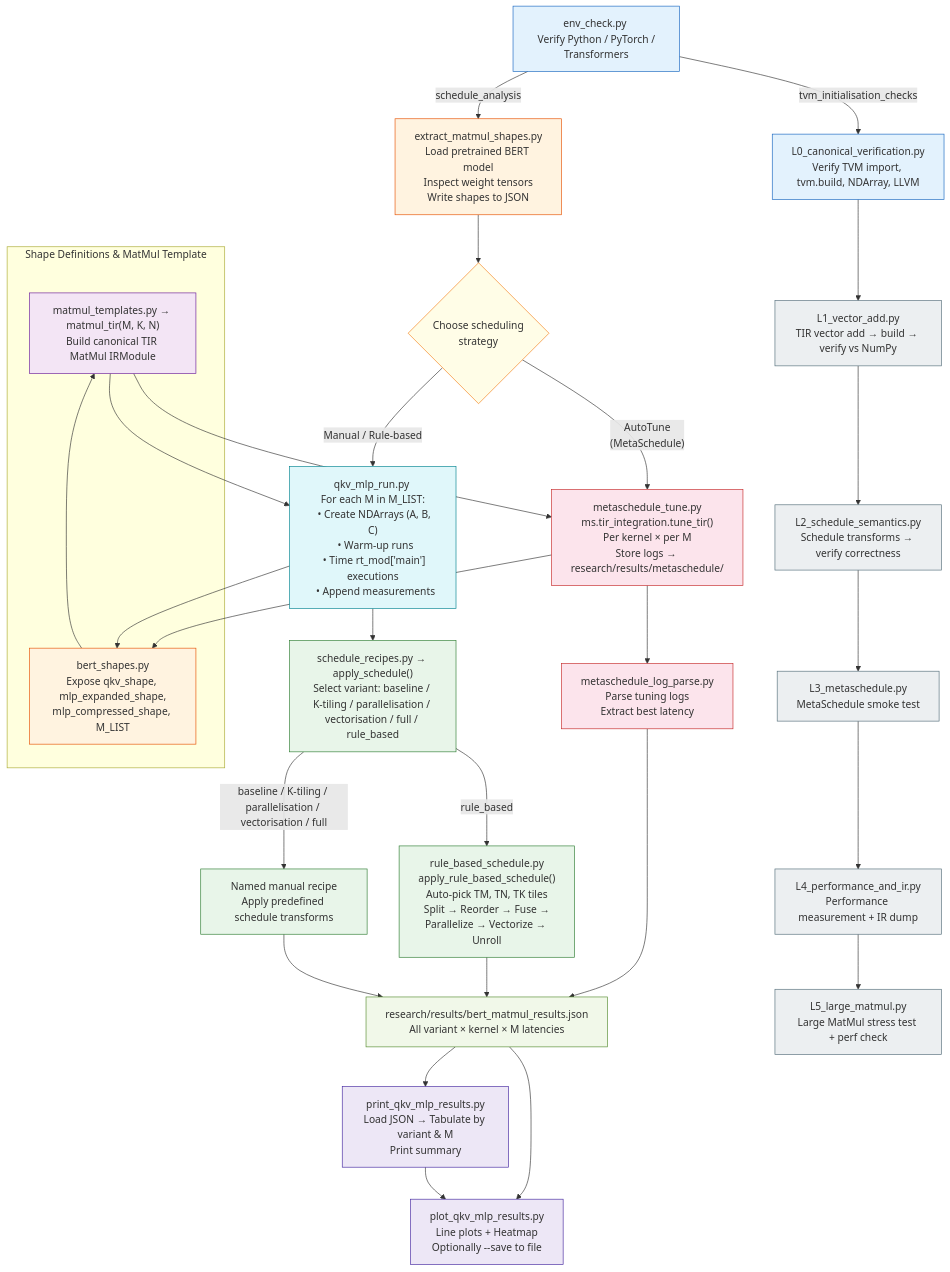
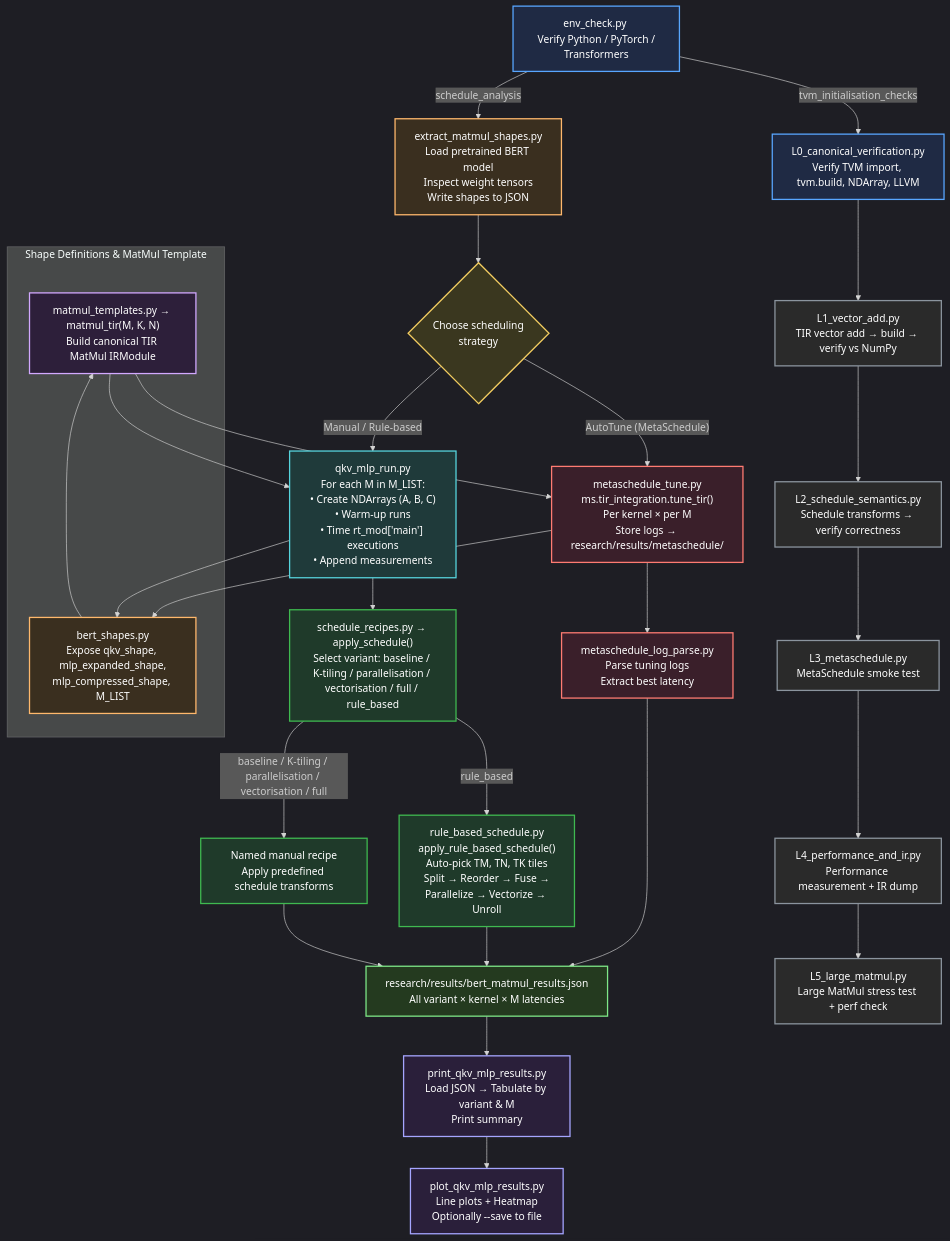
Before and after one commit to royishan2004/apache_tvm_research: the diagram in README.md, drawn with Mermaid.

Commit message:
Increased visibility of execution graph in README

````diff
--- a/README.md
+++ b/README.md
@@ -443,50 +443,108 @@
 ```mermaid
+%%{init: {'theme': 'dark'}}%%
 flowchart TB
- subgraph SHAPES_AND_TEMPLATES["Shape Definitions & MatMul Template"]
-        E["matmul_templates.py → matmul_tir(M, K, N)<br>Build canonical TIR MatMul IRModule"]
-        D["bert_shapes.py<br>Expose qkv_shape, mlp_expanded_shape,<br>mlp_compressed_shape, M_LIST"]
-  end
-    A["env_check.py <br> Verify Python / PyTorch / Transformers"] -- tvm_initialisation_checks --> B["L0_canonical_verification.py<br>Verify TVM import, tvm.build, NDArray, LLVM"]
-    A -- schedule_analysis --> C["extract_matmul_shapes.py<br>Load pretrained BERT model<br>Inspect weight tensors<br>Write shapes to JSON"]
-    D --> E
-    H["schedule_recipes.py → apply_schedule()<br>Select variant: baseline / K-tiling / parallelisation / vectorisation / full / rule_based"] -- rule_based --> H1["rule_based_schedule.py<br>apply_rule_based_schedule()<br>Auto-pick TM, TN, TK tiles<br>Split → Reorder → Fuse →<br>Parallelize → Vectorize → Unroll"]
-    G{"Choose scheduling<br>strategy"} -- AutoTune<br>(MetaSchedule) --> I["metaschedule_tune.py<br>ms.tir_integration.tune_tir()<br>Per kernel × per M<br>Store logs → research/results/metaschedule/"]
-    L["research/results/bert_matmul_results.json<br>All variant × kernel × M latencies"] --> M["print_qkv_mlp_results.py<br>Load JSON → Tabulate by variant &amp; M<br>Print summary"] & N["plot_qkv_mlp_results.py<br>Line plots + Heatmap<br>Optionally --save to file"]
-    B --> T1["L1_vector_add.py<br>TIR vector add → build → verify vs NumPy"]
-    T1 --> T2["L2_schedule_semantics.py<br>Schedule transforms → verify correctness"]
-    T2 --> T3["L3_metaschedule.py<br>MetaSchedule smoke test"]
-    T3 --> T4["L4_performance_and_ir.py<br>Performance measurement + IR dump"]
-    T4 --> T5["L5_large_matmul.py<br>Large MatMul stress test + perf check"]
-    M --> N
-    I1["metaschedule_log_parse.py<br>Parse tuning logs<br>Extract best latency"] --> L
-    H1 --> L
-    H2["Named manual recipe<br>Apply predefined schedule transforms"] --> L
-    H -- "baseline / K-tiling / parallelisation / vectorisation / full" --> H2
-    G -- "Manual / Rule-based" --> K@{ label: "qkv_mlp_run.py <br/>For each M in M_LIST:<br/>  • Create NDArrays (A, B, C)<br/>  • Warm-up runs<br/>  • Time rt_mod['main'] executions<br/>  • Append measurements" }
-    C --> G
-    I --> D & I1
-    E --> I & K
-    K --> D & H
 
-    K@{ shape: rect}
-    style D fill:#fff3e0,stroke:#e65100
-    style E fill:#f3e5f5,stroke:#6a1b9a
-    style A fill:#e3f2fd,stroke:#1565c0
-    style B fill:#e3f2fd,stroke:#1565c0
-    style C fill:#fff3e0,stroke:#e65100
-    style H fill:#e8f5e9,stroke:#2e7d32
-    style H1 fill:#e8f5e9,stroke:#2e7d32
-    style G fill:#fffde7,stroke:#f57f17
-    style I fill:#fce4ec,stroke:#c62828
-    style L fill:#f1f8e9,stroke:#558b2f
-    style M fill:#ede7f6,stroke:#4527a0
-    style N fill:#ede7f6,stroke:#4527a0
-    style T1 fill:#eceff1,stroke:#546e7a
-    style T2 fill:#eceff1,stroke:#546e7a
-    style T3 fill:#eceff1,stroke:#546e7a
-    style T4 fill:#eceff1,stroke:#546e7a
-    style T5 fill:#eceff1,stroke:#546e7a
-    style I1 fill:#fce4ec,stroke:#c62828
-    style H2 fill:#e8f5e9,stroke:#2e7d32
-    style K fill:#e0f7fa,stroke:#00838f
+subgraph SHAPES_AND_TEMPLATES["Shape Definitions & MatMul Template"]
+    E["matmul_templates.py → matmul_tir(M, K, N)<br>Build canonical TIR MatMul IRModule"]
+    D["bert_shapes.py<br>Expose qkv_shape, mlp_expanded_shape,<br>mlp_compressed_shape, M_LIST"]
+end
+
+A["env_check.py <br> Verify Python / PyTorch / Transformers"]
+B["L0_canonical_verification.py<br>Verify TVM import, tvm.build, NDArray, LLVM"]
+C["extract_matmul_shapes.py<br>Load pretrained BERT model<br>Inspect weight tensors<br>Write shapes to JSON"]
+
+D --> E
+
+A -- tvm_initialisation_checks --> B
+A -- schedule_analysis --> C
+
+H["schedule_recipes.py → apply_schedule()<br>Select variant: baseline / K-tiling / parallelisation / vectorisation / full / rule_based"]
+H1["rule_based_schedule.py<br>apply_rule_based_schedule()<br>Auto-pick TM, TN, TK tiles<br>Split → Reorder → Fuse →<br>Parallelize → Vectorize → Unroll"]
+
+G{"Choose scheduling<br>strategy"}
+
+I["metaschedule_tune.py<br>ms.tir_integration.tune_tir()<br>Per kernel × per M<br>Store logs → research/results/metaschedule/"]
+
+L["research/results/bert_matmul_results.json<br>All variant × kernel × M latencies"]
+
+M["print_qkv_mlp_results.py<br>Load JSON → Tabulate by variant &amp; M<br>Print summary"]
+
+N["plot_qkv_mlp_results.py<br>Line plots + Heatmap<br>Optionally --save to file"]
+
+T1["L1_vector_add.py<br>TIR vector add → build → verify vs NumPy"]
+T2["L2_schedule_semantics.py<br>Schedule transforms → verify correctness"]
+T3["L3_metaschedule.py<br>MetaSchedule smoke test"]
+T4["L4_performance_and_ir.py<br>Performance measurement + IR dump"]
+T5["L5_large_matmul.py<br>Large MatMul stress test + perf check"]
+
+I1["metaschedule_log_parse.py<br>Parse tuning logs<br>Extract best latency"]
+
+H2["Named manual recipe<br>Apply predefined schedule transforms"]
+
+K["qkv_mlp_run.py<br>For each M in M_LIST:<br>• Create NDArrays (A, B, C)<br>• Warm-up runs<br>• Time rt_mod['main'] executions<br>• Append measurements"]
+
+B --> T1
+T1 --> T2
+T2 --> T3
+T3 --> T4
+T4 --> T5
+
+C --> G
+
+G -- AutoTune (MetaSchedule) --> I
+G -- Manual / Rule-based --> K
+
+H -- rule_based --> H1
+H -- baseline / K-tiling / parallelisation / vectorisation / full --> H2
+
+I --> D
+I --> I1
+
+E --> I
+E --> K
+
+K --> D
+K --> H
+
+H1 --> L
+H2 --> L
+I1 --> L
+
+L --> M
+M --> N
+
+
+%% ----------------------------
+%% DARK MODE SAFE STYLES
+%% ----------------------------
+
+style A fill:#1f2a44,stroke:#58a6ff,color:#ffffff,stroke-width:2px
+style B fill:#1f2a44,stroke:#58a6ff,color:#ffffff,stroke-width:2px
+
+style C fill:#3a2f1f,stroke:#ffb86c,color:#ffffff,stroke-width:2px
+style D fill:#3a2f1f,stroke:#ffb86c,color:#ffffff,stroke-width:2px
+
+style E fill:#2d1f3a,stroke:#d2a8ff,color:#ffffff,stroke-width:2px
+
+style H fill:#1f3a2a,stroke:#3fb950,color:#ffffff,stroke-width:2px
+style H1 fill:#1f3a2a,stroke:#3fb950,color:#ffffff,stroke-width:2px
+style H2 fill:#1f3a2a,stroke:#3fb950,color:#ffffff,stroke-width:2px
+
+style G fill:#3a371f,stroke:#f2cc60,color:#ffffff,stroke-width:2px
+
+style I fill:#3a1f2a,stroke:#ff7b72,color:#ffffff,stroke-width:2px
+style I1 fill:#3a1f2a,stroke:#ff7b72,color:#ffffff,stroke-width:2px
+
+style L fill:#243a1f,stroke:#7ee787,color:#ffffff,stroke-width:2px
+
+style M fill:#2a1f3a,stroke:#a5a5ff,color:#ffffff,stroke-width:2px
+style N fill:#2a1f3a,stroke:#a5a5ff,color:#ffffff,stroke-width:2px
+
+style T1 fill:#2a2a2a,stroke:#8b949e,color:#ffffff,stroke-width:2px
+style T2 fill:#2a2a2a,stroke:#8b949e,color:#ffffff,stroke-width:2px
+style T3 fill:#2a2a2a,stroke:#8b949e,color:#ffffff,stroke-width:2px
+style T4 fill:#2a2a2a,stroke:#8b949e,color:#ffffff,stroke-width:2px
+style T5 fill:#2a2a2a,stroke:#8b949e,color:#ffffff,stroke-width:2px
+
+style K fill:#1f3a3a,stroke:#56d4dd,color:#ffffff,stroke-width:2px
 ```
````
